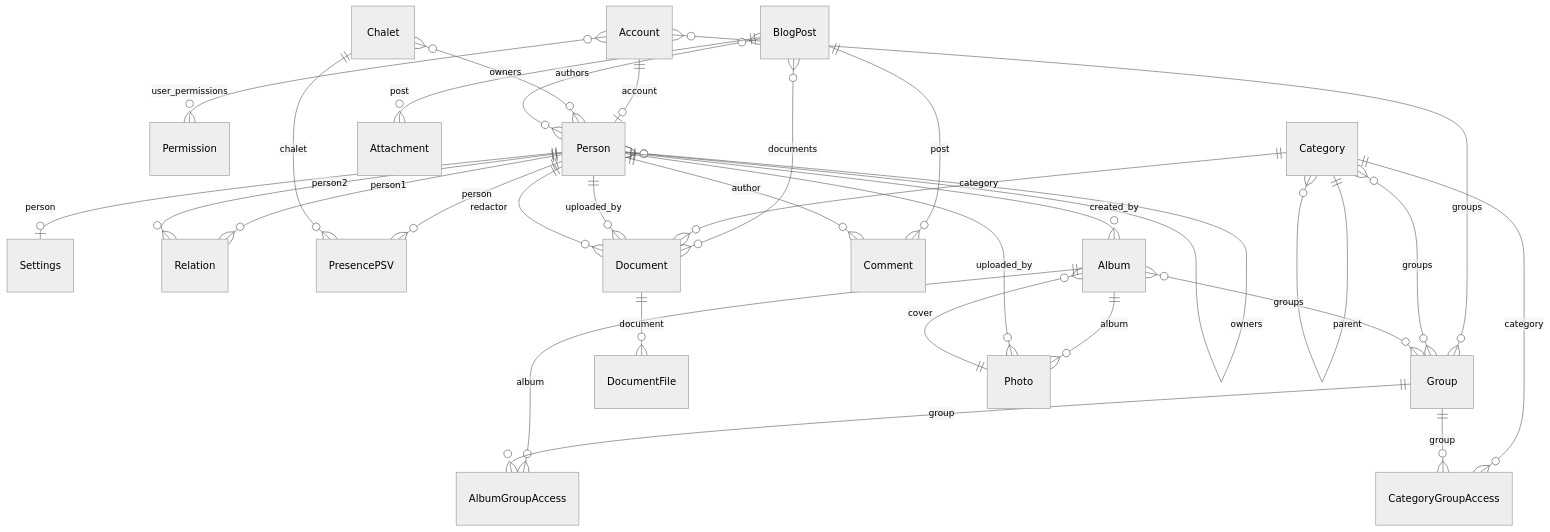
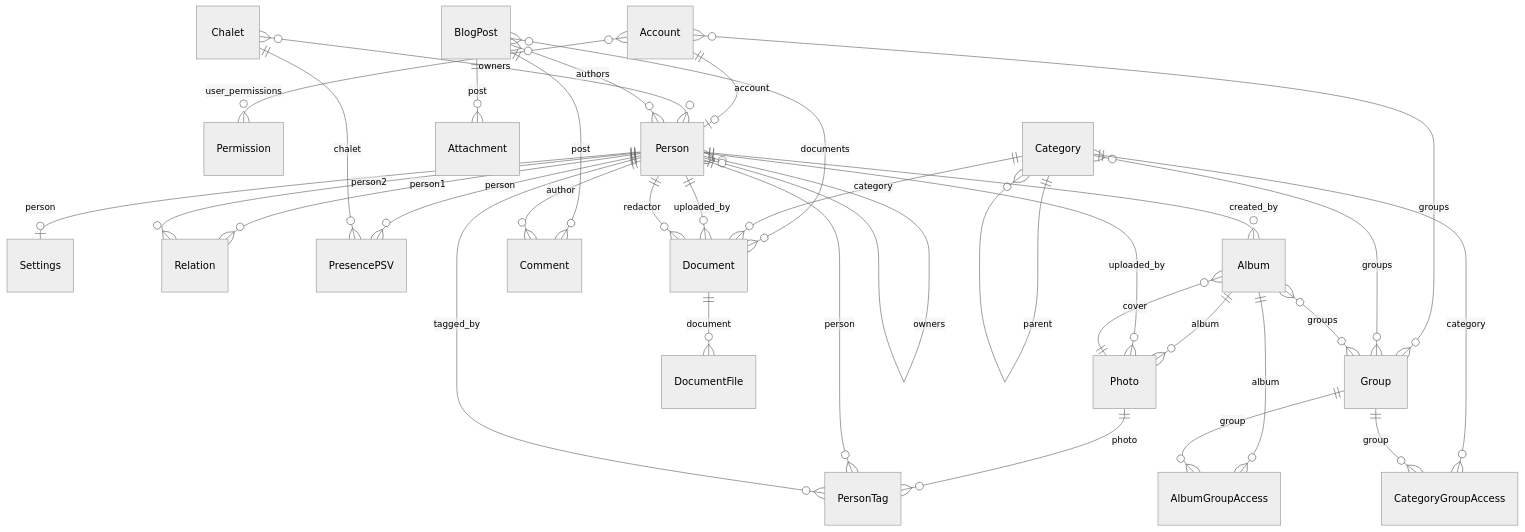
Before and after one commit to reboulip/famille-busson: the diagram in docs/data_model.md, drawn with Mermaid (neutral theme). The commit also changed other lines of this file and 10 other files, not shown here.

First line of the commit message:
feat: tag people in a photo via the person-picker

````diff
--- a/docs/data_model.md
+++ b/docs/data_model.md
@@ -8,33 +8,36 @@
 ```mermaid
 erDiagram
     Account }o--o{ Group : "groups"
     Account }o--o{ Permission : "user_permissions"
     Account ||--o| Person : "account"
     Person }o--o{ Person : "owners"
     Person ||--o| Settings : "person"
     Person ||--o{ Relation : "person1"
     Person ||--o{ Relation : "person2"
     Chalet }o--o{ Person : "owners"
     Person ||--o{ PresencePSV : "person"
     Chalet ||--o{ PresencePSV : "chalet"
     BlogPost }o--o{ Person : "authors"
     BlogPost }o--o{ Document : "documents"
     BlogPost ||--o{ Attachment : "post"
     BlogPost ||--o{ Comment : "post"
     Person ||--o{ Comment : "author"
     Category ||--o{ Category : "parent"
     Category }o--o{ Group : "groups"
     Category ||--o{ CategoryGroupAccess : "category"
     Group ||--o{ CategoryGroupAccess : "group"
     Category ||--o{ Document : "category"
     Person ||--o{ Document : "uploaded_by"
     Person ||--o{ Document : "redactor"
     Document ||--o{ DocumentFile : "document"
     Photo ||--o{ Album : "cover"
     Person ||--o{ Album : "created_by"
     Album }o--o{ Group : "groups"
     Album ||--o{ AlbumGroupAccess : "album"
     Group ||--o{ AlbumGroupAccess : "group"
     Album ||--o{ Photo : "album"
     Person ||--o{ Photo : "uploaded_by"
+    Photo ||--o{ PersonTag : "photo"
+    Person ||--o{ PersonTag : "person"
+    Person ||--o{ PersonTag : "tagged_by"
 ```
````
